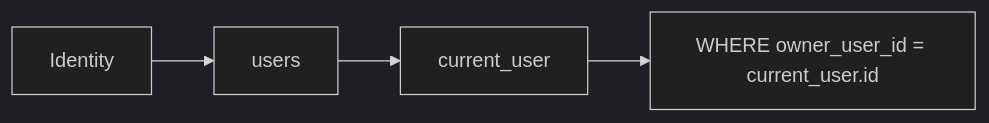
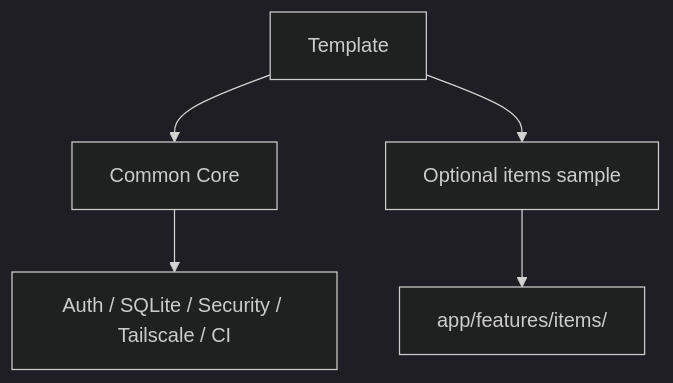
The second of 4 diagrams in GETTING-STARTED.md (k-systems202208/python-sqlite-tailscale-webapp-template), drawn with Mermaid (dark theme) before and after one commit. The commit also changed other lines of this file and 26 other files, not shown here.

````diff
--- a/GETTING-STARTED.md
+++ b/GETTING-STARTED.md
@@ -230,6 +155,7 @@
 ```mermaid
-flowchart LR
-    I["Identity"] --> U["users"]
-    U --> C["current_user"]
-    C --> Q["WHERE owner_user_id = current_user.id"]
+flowchart TD
+    T["Template"] --> C["Common Core"]
+    T --> S["Optional items sample"]
+    C --> C1["Auth / SQLite / Security / Tailscale / CI"]
+    S --> S1["app/features/items/"]
 ```
````
